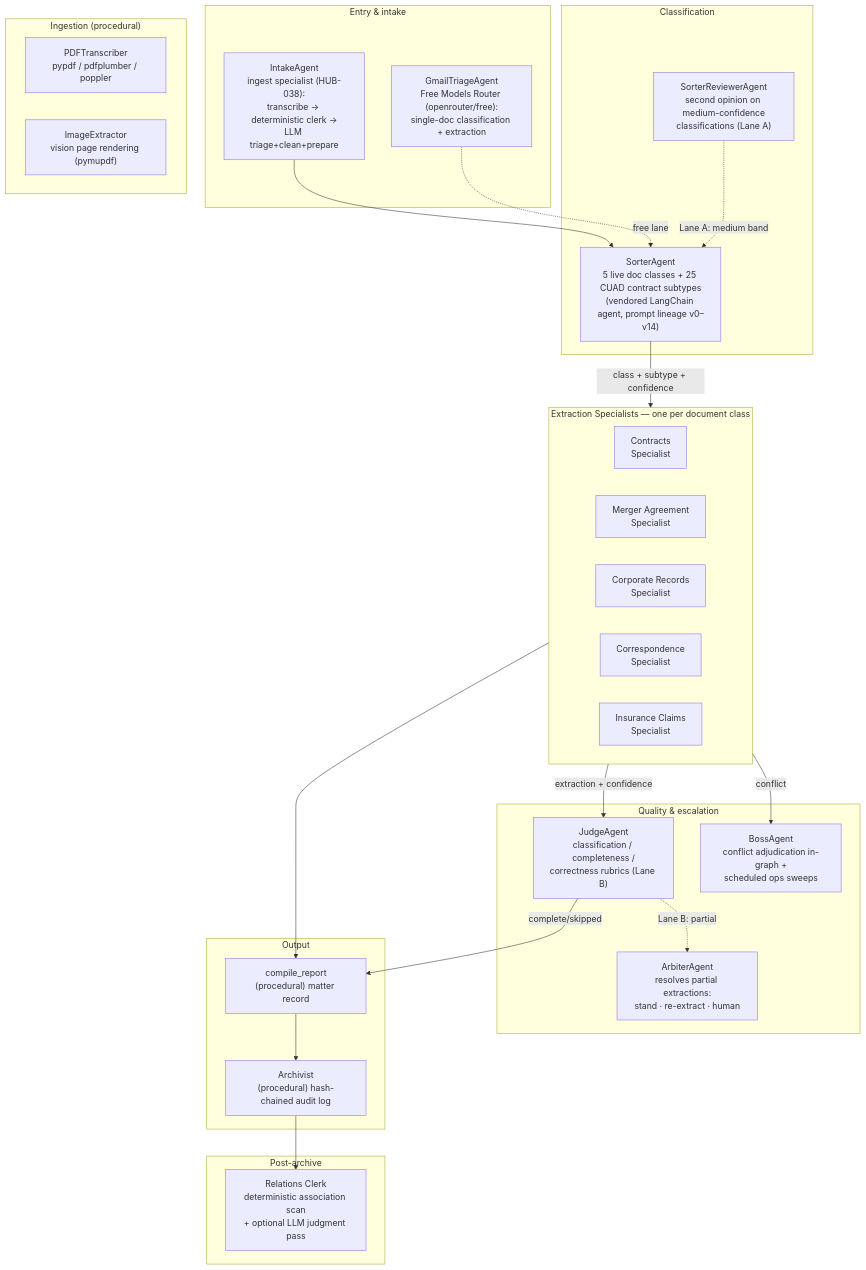
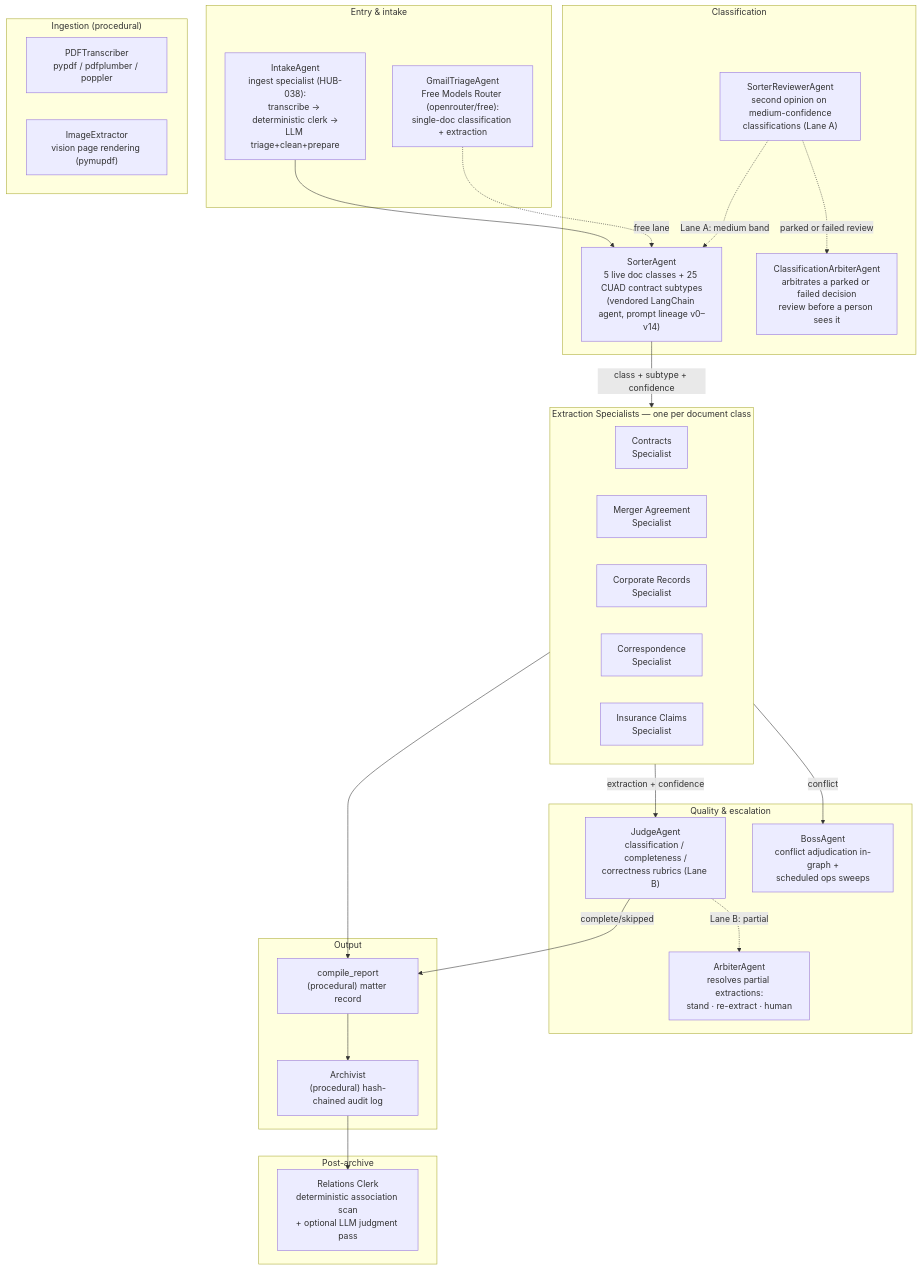
One commit to Exios66/llm-mailroom changed the second of 2 diagrams in README.md. Above: the diagram before and after it, drawn with Mermaid. The commit also changed other lines of this file and 17 other files, not shown here.

First line of the commit message:
Address CodeRabbit and CodeAnt review comments on the graph-nodes and throughput PR

````diff
--- a/README.md
+++ b/README.md
@@ -363,52 +363,54 @@
 ```mermaid
 flowchart TB
     subgraph ENTRY["Entry & intake"]
         INTAKE["IntakeAgent<br/>ingest specialist (HUB-038):<br/>transcribe → deterministic clerk →<br/>LLM triage+clean+prepare"]
         GMAIL["GmailTriageAgent<br/>Free Models Router (openrouter/free):<br/>single-doc classification + extraction"]
     end
 
     subgraph CLASSIFY["Classification"]
         SORTER["SorterAgent<br/>5 live doc classes + 25 CUAD contract subtypes<br/>(vendored LangChain agent, prompt lineage v0–v14)"]
         REVIEWER["SorterReviewerAgent<br/>second opinion on medium-confidence<br/>classifications (Lane A)"]
+        CLASS_ARBITER["ClassificationArbiterAgent<br/>arbitrates a parked or failed decision<br/>review before a person sees it"]
     end
 
     subgraph SPECIALISTS["Extraction Specialists — one per document class"]
         CONTRACTS["Contracts<br/>Specialist"]
         MERGER["Merger Agreement<br/>Specialist"]
         CORP["Corporate Records<br/>Specialist"]
         CORR["Correspondence<br/>Specialist"]
         INS["Insurance Claims<br/>Specialist"]
     end
 
     subgraph QUALITY["Quality & escalation"]
         JUDGE["JudgeAgent<br/>classification / completeness /<br/>correctness rubrics (Lane B)"]
         ARBITER["ArbiterAgent<br/>resolves partial extractions:<br/>stand · re-extract · human"]
         BOSS["BossAgent<br/>conflict adjudication in-graph +<br/>scheduled ops sweeps"]
     end
 
     subgraph OUTPUT["Output"]
         REPORTER["compile_report<br/>(procedural) matter record"]
         ARCHIVIST["Archivist<br/>(procedural) hash-chained audit log"]
     end
 
     subgraph POST["Post-archive"]
         RELATIONS["Relations Clerk<br/>deterministic association scan<br/>+ optional LLM judgment pass"]
     end
 
     subgraph INGEST2["Ingestion (procedural)"]
         PDF["PDFTranscriber<br/>pypdf / pdfplumber / poppler"]
         IMG["ImageExtractor<br/>vision page rendering (pymupdf)"]
     end
 
     INTAKE --> SORTER
     GMAIL -.->|free lane| SORTER
     SORTER -- "class + subtype + confidence" --> SPECIALISTS
     REVIEWER -. "Lane A: medium band" .-> SORTER
+    REVIEWER -. "parked or failed review" .-> CLASS_ARBITER
     SPECIALISTS -- "extraction + confidence" --> JUDGE
     JUDGE -. "Lane B: partial" .-> ARBITER
     SPECIALISTS -- "conflict" --> BOSS
     SPECIALISTS --> REPORTER
     JUDGE -- "complete/skipped" --> REPORTER
     REPORTER --> ARCHIVIST
     ARCHIVIST --> RELATIONS
 ```
````
